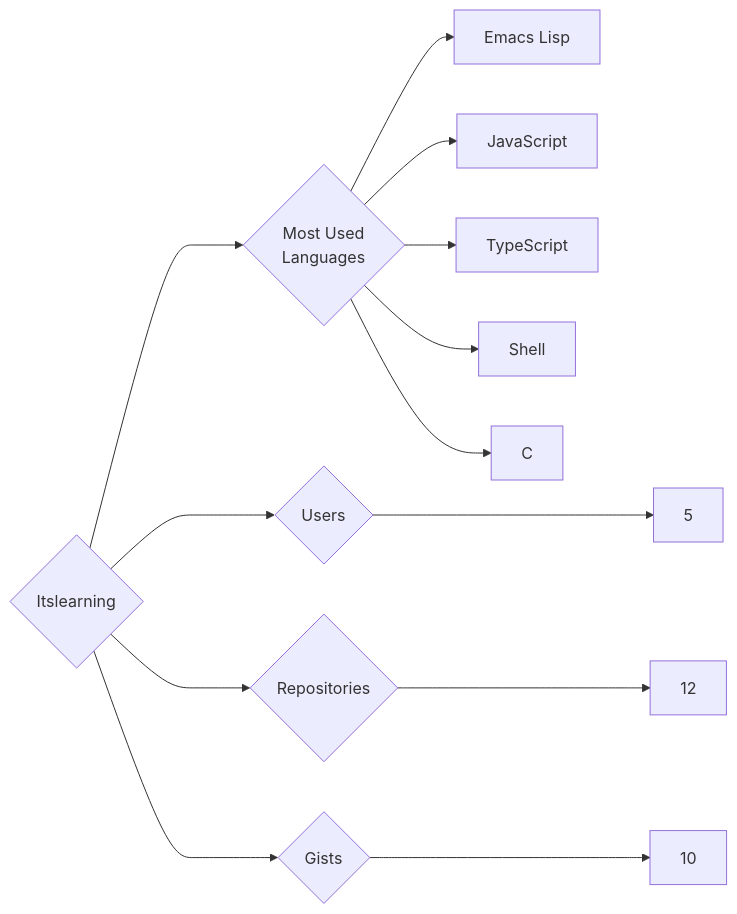
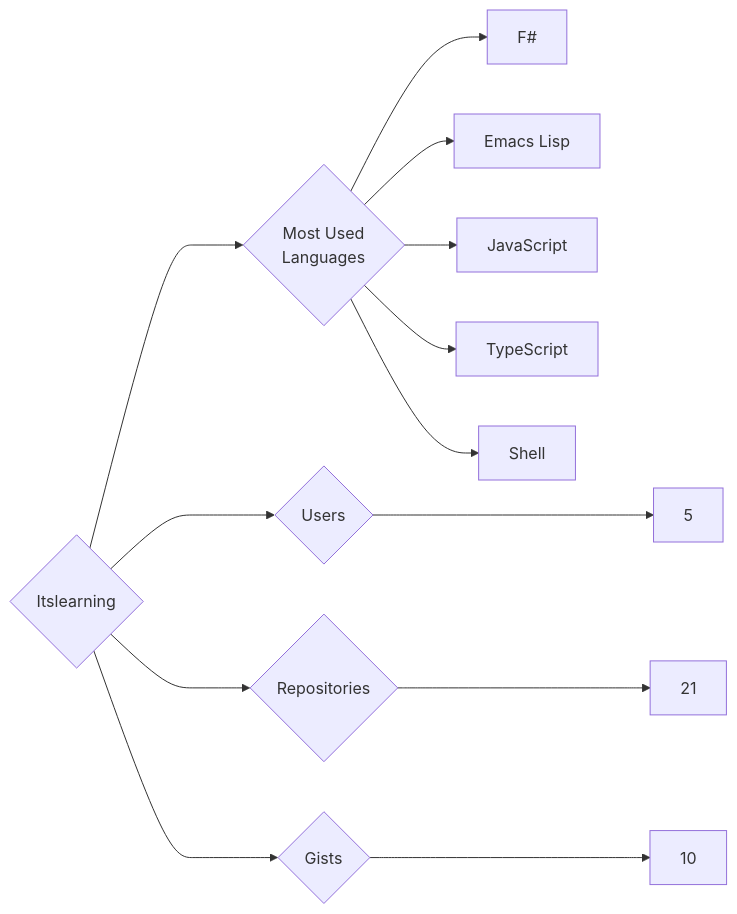
Before and after one commit to trickest/insiders: the diagram in targets/Itslearning/README.md, drawn with Mermaid. The commit also changed 861 other files, not shown here.

````diff
--- a/targets/Itslearning/README.md
+++ b/targets/Itslearning/README.md
@@ -3,13 +3,13 @@
 ```mermaid
 graph LR
 COMPANY_NAME{Itslearning}
 COMPANY_NAME ---> U{Users} ---> UN[5]
-COMPANY_NAME ---> R{Repositories} ---> RN[12]
+COMPANY_NAME ---> R{Repositories} ---> RN[21]
 COMPANY_NAME ---> G{Gists} ---> GN[10]
 COMPANY_NAME ---> ML{Most Used<br>Languages}
+ML --> F#[F#]
 ML --> Emacs_Lisp[Emacs Lisp]
 ML --> JavaScript[JavaScript]
 ML --> TypeScript[TypeScript]
 ML --> Shell[Shell]
-ML --> C[C]
 ```
````
